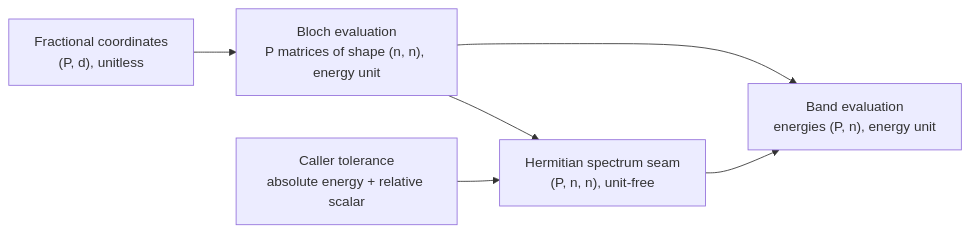
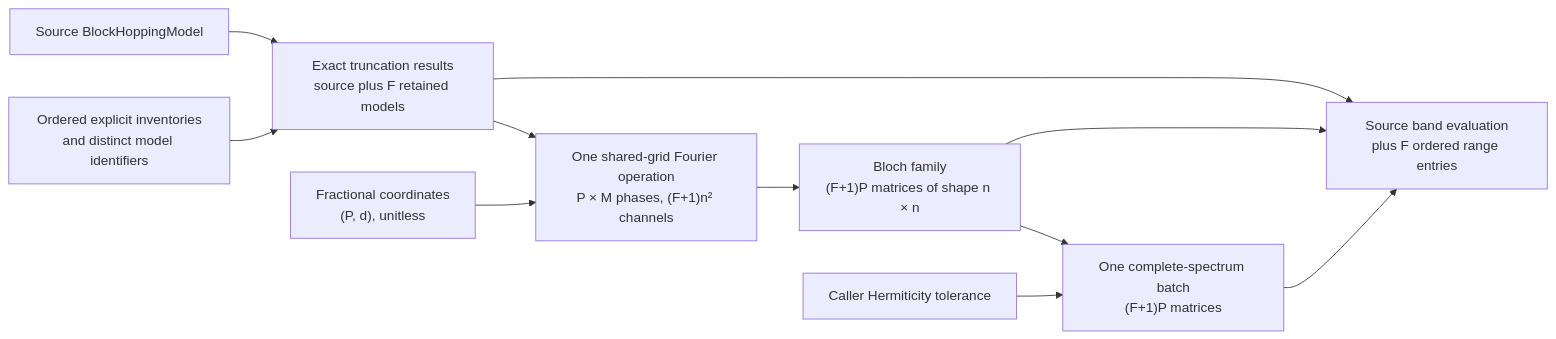
Before and after one commit to eragasa/projectkoios-physkit: the diagram in docs/architecture/projectkoios/physkit/solidstate/tb/bands/index.md, drawn with Mermaid. The commit also changed other lines of this file and 21 other files, not shown here.

Commit message:
feat: accelerate block-hopping range bands

````diff
--- a/docs/architecture/projectkoios/physkit/solidstate/tb/bands/index.md
+++ b/docs/architecture/projectkoios/physkit/solidstate/tb/bands/index.md
@@ -40,14 +41,23 @@
 ```mermaid
 flowchart LR
+    S["Source BlockHoppingModel"]
+    I["Ordered explicit inventories<br/>and distinct model identifiers"]
     Q["Fractional coordinates<br/>(P, d), unitless"]
-    B["Bloch evaluation<br/>P matrices of shape (n, n), energy unit"]
-    T["Caller tolerance<br/>absolute energy + relative scalar"]
-    S["Hermitian spectrum seam<br/>(P, n, n), unit-free"]
-    R["Band evaluation<br/>energies (P, n), energy unit"]
+    T["Caller Hermiticity tolerance"]
+    R["Exact truncation results<br/>source plus F retained models"]
+    F["One shared-grid Fourier operation<br/>P × M phases, (F+1)n² channels"]
+    B["Bloch family<br/>(F+1)P matrices of shape n × n"]
+    H["One complete-spectrum batch<br/>(F+1)P matrices"]
+    O["Source band evaluation<br/>plus F ordered range entries"]
 
-    Q --> B
-    B --> S
-    T --> S
-    B --> R
     S --> R
+    I --> R
+    R --> F
+    Q --> F
+    F --> B
+    B --> H
+    T --> H
+    R --> O
+    B --> O
+    H --> O
 ```
````
